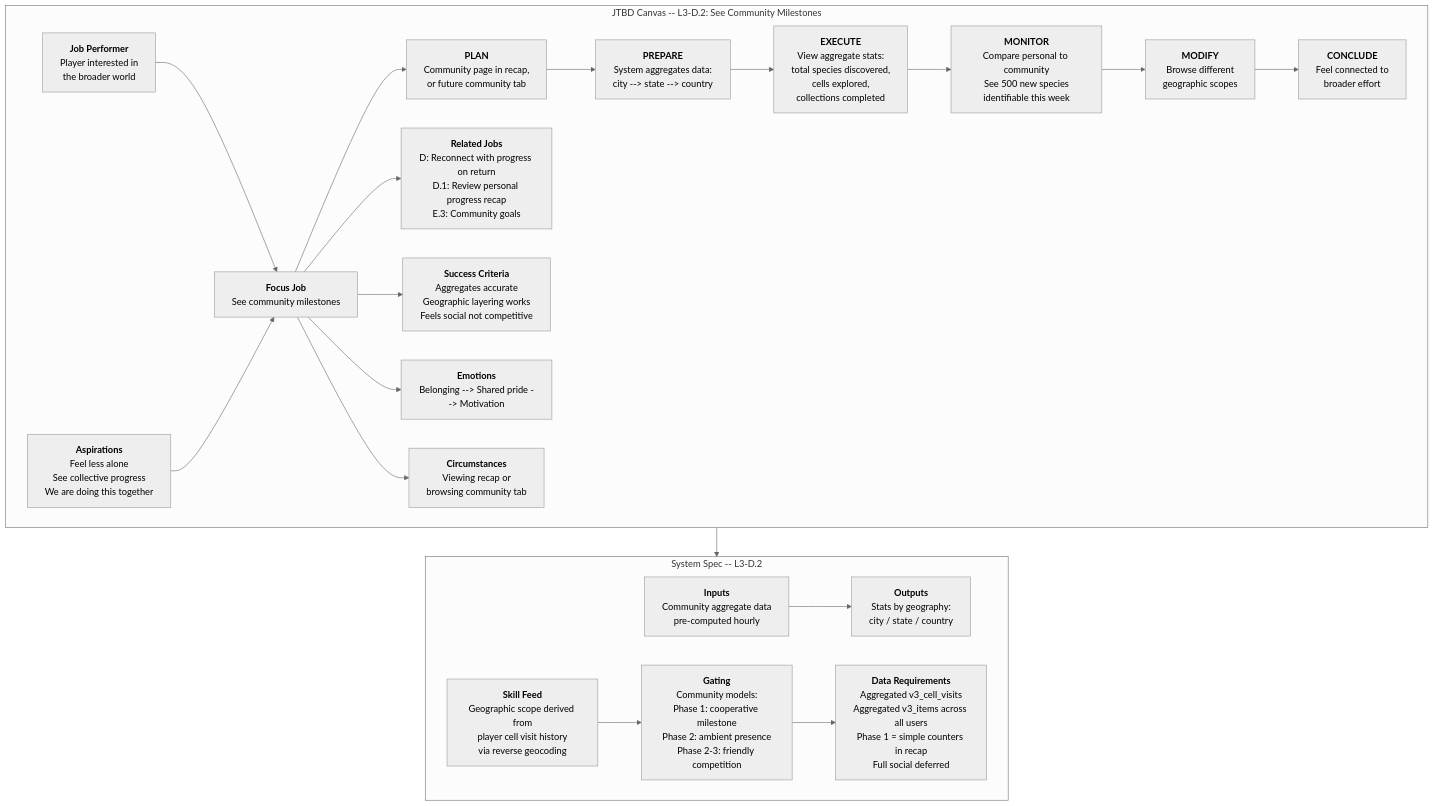
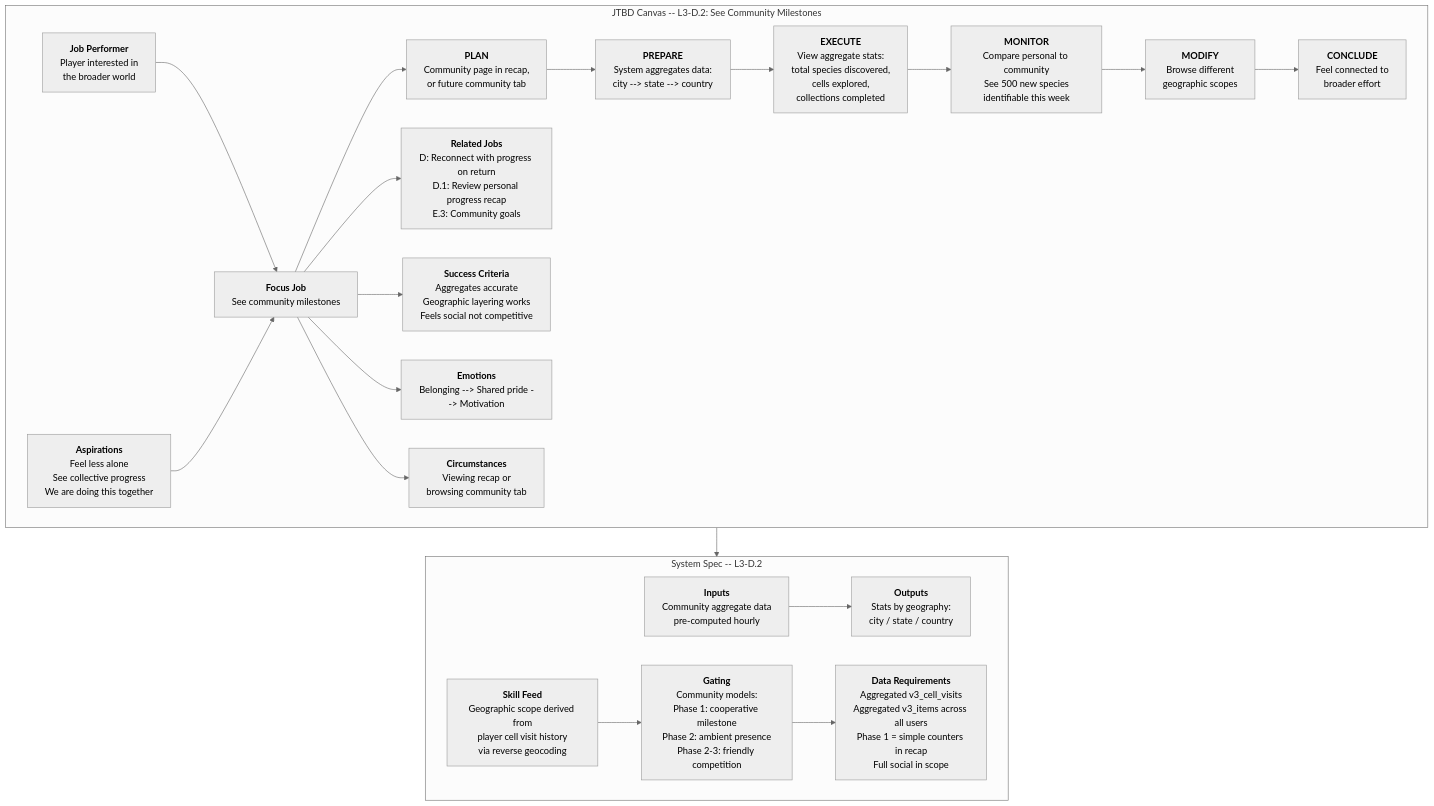
Before and after one commit to JMLegere/geo-app: the diagram in docs/diagrams/problem/d2-community-milestones.mmd, drawn with Mermaid (neutral theme). The commit also changed 8 other files, not shown here.

First line of the commit message:
docs: remove all DEFERRED status — everything is in scope

```diff
--- a/docs/diagrams/problem/d2-community-milestones.mmd
+++ b/docs/diagrams/problem/d2-community-milestones.mmd
@@ -1,39 +1,39 @@
 flowchart TD
     subgraph JTBD["JTBD Canvas -- L3-D.2: See Community Milestones"]
         JP["<b>Job Performer</b><br/>Player interested in<br/>the broader world"]
         ASP["<b>Aspirations</b><br/>Feel less alone<br/>See collective progress<br/>We are doing this together"]
         FJ["<b>Focus Job</b><br/>See community milestones"]
         RJ["<b>Related Jobs</b><br/>D: Reconnect with progress on return<br/>D.1: Review personal progress recap<br/>E.3: Community goals"]
         PLAN["<b>PLAN</b><br/>Community page in recap,<br/>or future community tab"]
         PREPARE["<b>PREPARE</b><br/>System aggregates data:<br/>city --> state --> country"]
         EXECUTE["<b>EXECUTE</b><br/>View aggregate stats:<br/>total species discovered,<br/>cells explored,<br/>collections completed"]
         MONITOR["<b>MONITOR</b><br/>Compare personal to community<br/>See 500 new species<br/>identifiable this week"]
         MODIFY["<b>MODIFY</b><br/>Browse different<br/>geographic scopes"]
         CONCLUDE["<b>CONCLUDE</b><br/>Feel connected to<br/>broader effort"]
         SC["<b>Success Criteria</b><br/>Aggregates accurate<br/>Geographic layering works<br/>Feels social not competitive"]
         EM["<b>Emotions</b><br/>Belonging --> Shared pride --> Motivation"]
         CIRC["<b>Circumstances</b><br/>Viewing recap or<br/>browsing community tab"]
 
         JP --> FJ
         ASP --> FJ
         FJ --> PLAN
         PLAN --> PREPARE --> EXECUTE --> MONITOR --> MODIFY --> CONCLUDE
         FJ --> RJ
         FJ --> SC
         FJ --> EM
         FJ --> CIRC
     end
 
     subgraph SystemSpec["System Spec -- L3-D.2"]
         IN["<b>Inputs</b><br/>Community aggregate data<br/>pre-computed hourly"]
         OUT["<b>Outputs</b><br/>Stats by geography:<br/>city / state / country"]
         SF["<b>Skill Feed</b><br/>Geographic scope derived from<br/>player cell visit history<br/>via reverse geocoding"]
         GT["<b>Gating</b><br/>Community models:<br/>Phase 1: cooperative milestone<br/>Phase 2: ambient presence<br/>Phase 2-3: friendly competition"]
-        DR["<b>Data Requirements</b><br/>Aggregated v3_cell_visits<br/>Aggregated v3_items across all users<br/>Phase 1 = simple counters in recap<br/>Full social deferred"]
+        DR["<b>Data Requirements</b><br/>Aggregated v3_cell_visits<br/>Aggregated v3_items across all users<br/>Phase 1 = simple counters in recap<br/>Full social in scope"]
 
         IN --> OUT
         SF --> GT
         GT --> DR
     end
 
     JTBD --> SystemSpec
```
